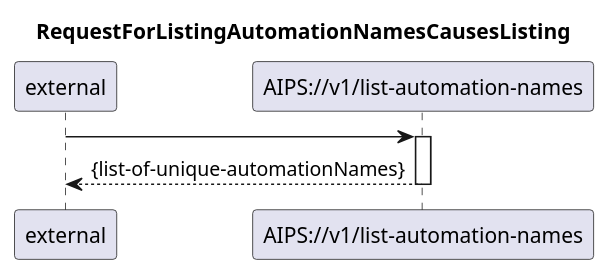
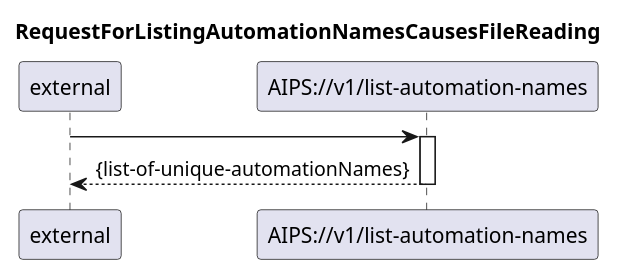
The diagram in diagrams/01 Automation management/107_listAutomationNames.plantuml (kmohr-soprasteria/AIPS_wip), drawn with PlantUML before and after one commit. The commit also changed 13 other files, not shown here.

Commit message:
modul 01 diagrams

```diff
--- a/diagrams/01 Automation management/107_listAutomationNames.plantuml
+++ b/diagrams/01 Automation management/107_listAutomationNames.plantuml
@@ -1,18 +1,18 @@
 @startuml 107_listAutomationNames
 skinparam responseMessageBelowArrow true
 
 title
-RequestForListingAutomationNamesCausesListing
+RequestForListingAutomationNamesCausesFileReading
 end title
 
 participant "external" as requestor
 participant "AIPS://v1/list-automation-names" as listAutomations
 
 requestor -> listAutomations
 activate listAutomations
 
 listAutomations --> requestor: {list-of-unique-automationNames}
 
 deactivate listAutomations
 
 @enduml
```
